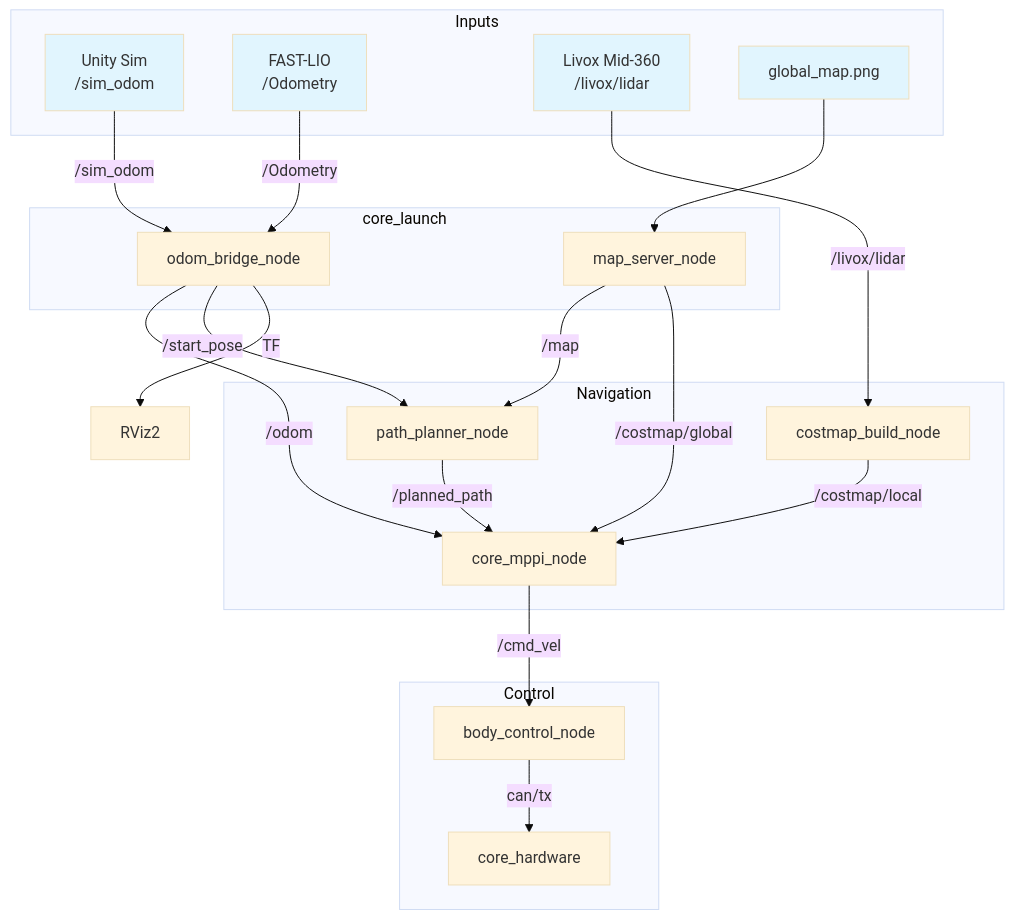
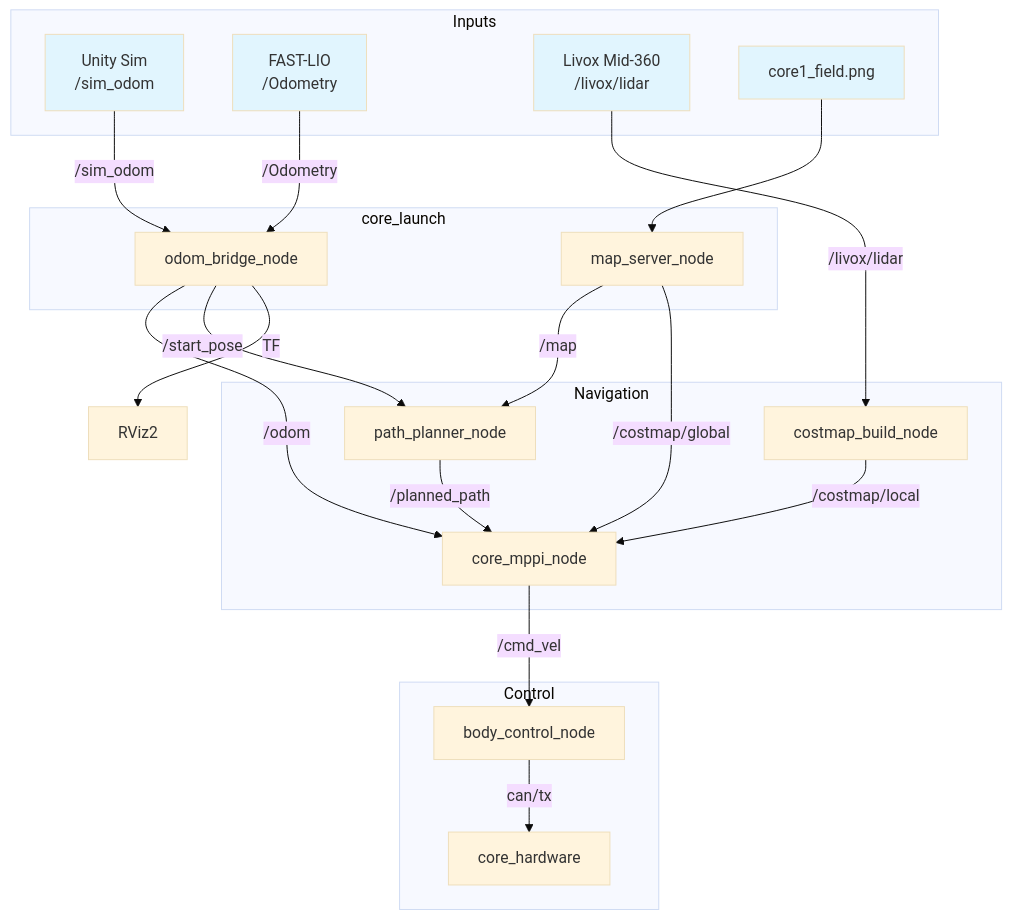
Before and after one commit to team-continue/core2026: the diagram in docs/architecture/overview.md, drawn with Mermaid (base theme). The commit also changed other lines of this file and 15 other files, not shown here.

````diff
--- a/docs/architecture/overview.md
+++ b/docs/architecture/overview.md
@@ -5,51 +5,51 @@
 ```mermaid
 graph TB
     subgraph Inputs
         Unity["Unity Sim\n/sim_odom"]
         FASTLIO["FAST-LIO\n/Odometry"]
         LiDAR["Livox Mid-360\n/livox/lidar"]
-        MapPNG["global_map.png"]
+        MapPNG["core1_field.png"]
     end
 
     subgraph core_launch
         OdomBridge["odom_bridge_node"]
         MapServer["map_server_node"]
     end
 
     subgraph Navigation
         PathPlanner["path_planner_node"]
         MPPI["core_mppi_node"]
         CostmapBuilder["costmap_build_node"]
     end
 
     subgraph Control
         BodyController["body_control_node"]
         Hardware["core_hardware"]
     end
 
     RViz["RViz2"]
 
     Unity -->|/sim_odom| OdomBridge
     FASTLIO -->|/Odometry| OdomBridge
     MapPNG --> MapServer
 
     OdomBridge -->|/odom| MPPI
     OdomBridge -->|/start_pose| PathPlanner
     OdomBridge -->|TF| RViz
 
     MapServer -->|/map| PathPlanner
     MapServer -->|/costmap/global| MPPI
 
     LiDAR -->|/livox/lidar| CostmapBuilder
     CostmapBuilder -->|/costmap/local| MPPI
 
     PathPlanner -->|/planned_path| MPPI
 
     MPPI -->|/cmd_vel| BodyController
     BodyController -->|can/tx| Hardware
 
     style Unity fill:#e1f5fe,color:#333
     style FASTLIO fill:#e1f5fe,color:#333
     style LiDAR fill:#e1f5fe,color:#333
     style MapPNG fill:#e1f5fe,color:#333
 ```
````
